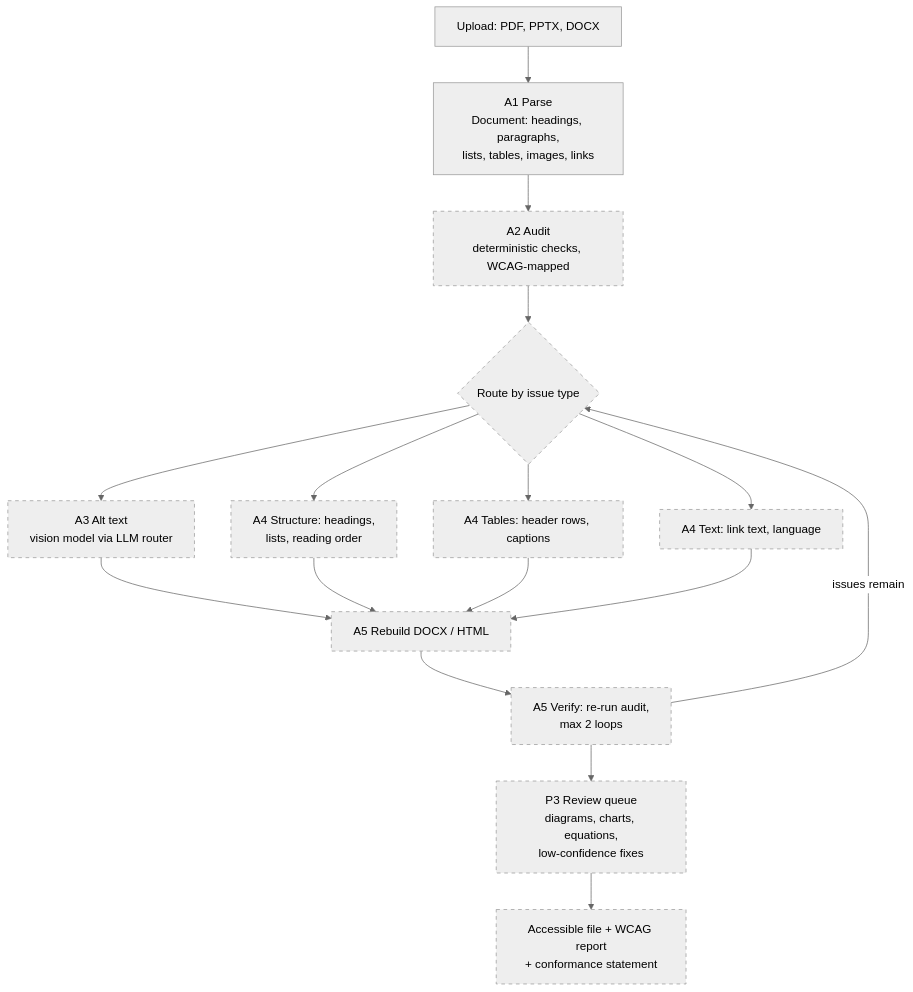
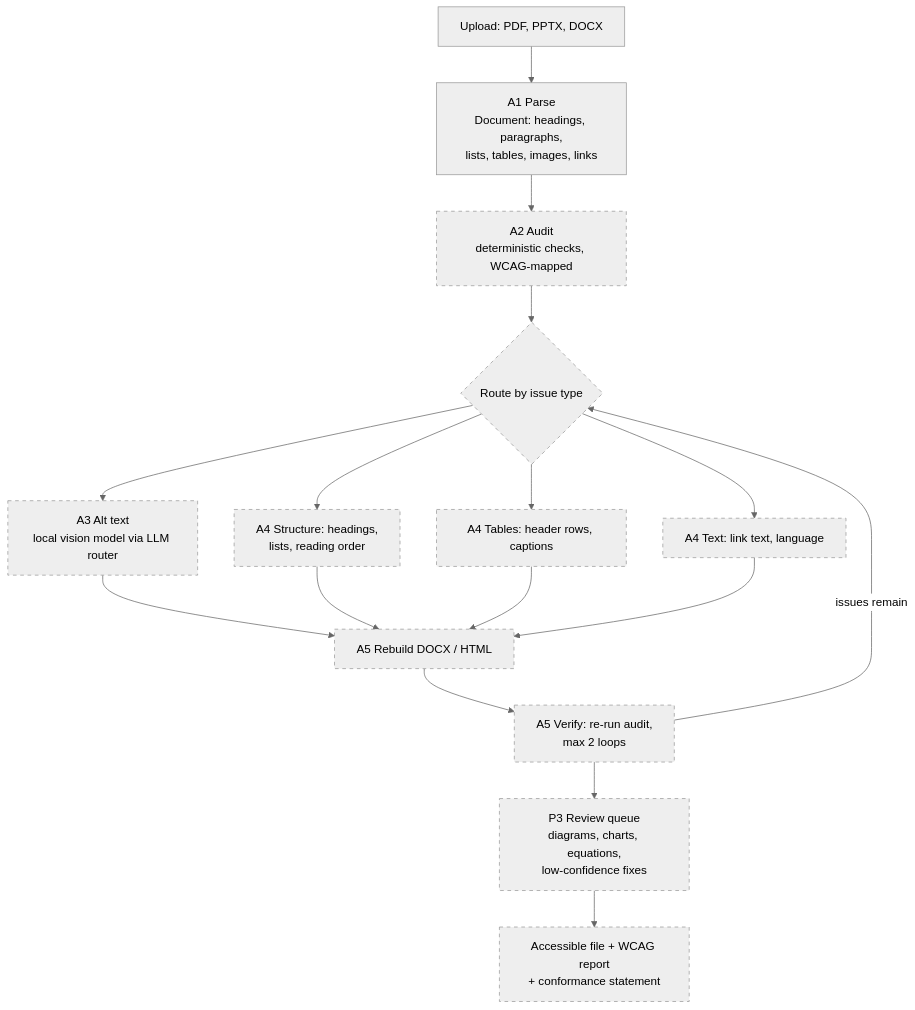
One commit to teamworxAI/campus-ai changed the seventh of 7 diagrams in docs/architecture.md. Above: the diagram before and after it, drawn with Mermaid (neutral theme). The commit also changed other lines of this file and 10 other files, not shown here.

````diff
--- a/docs/architecture.md
+++ b/docs/architecture.md
@@ -372,17 +384,17 @@
 ```mermaid
 flowchart TD
     U[Upload: PDF, PPTX, DOCX] --> P[A1 Parse<br/>Document: headings, paragraphs,<br/>lists, tables, images, links]
     P --> A[A2 Audit<br/>deterministic checks, WCAG-mapped]
     A --> R{Route by issue type}
-    R --> W1[A3 Alt text<br/>vision model via LLM router]
+    R --> W1[A3 Alt text<br/>local vision model via LLM router]
     R --> W2[A4 Structure: headings,<br/>lists, reading order]
     R --> W3[A4 Tables: header rows, captions]
     R --> W4[A4 Text: link text, language]
     W1 & W2 & W3 & W4 --> B[A5 Rebuild DOCX / HTML]
     B --> V[A5 Verify: re-run audit,<br/>max 2 loops]
     V -->|issues remain| R
     V --> H[P3 Review queue<br/>diagrams, charts, equations,<br/>low-confidence fixes]
     H --> O[Accessible file + WCAG report<br/>+ conformance statement]
     classDef planned stroke-dasharray: 5 5
     class A,R,W1,W2,W3,W4,B,V,H,O planned
 ```
````
